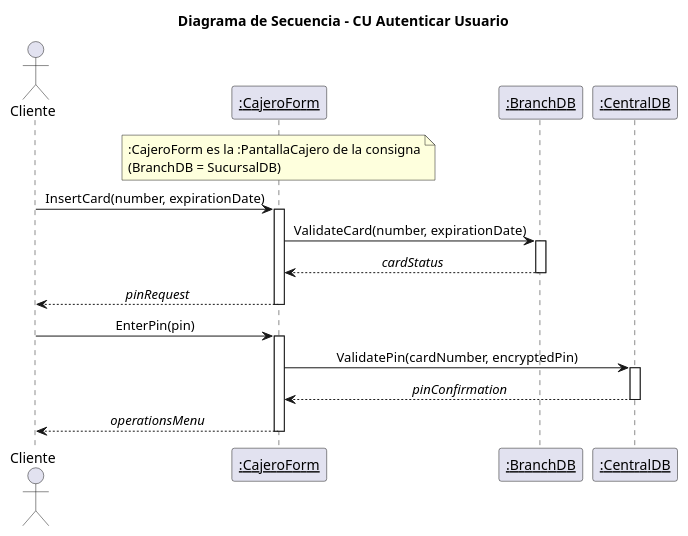
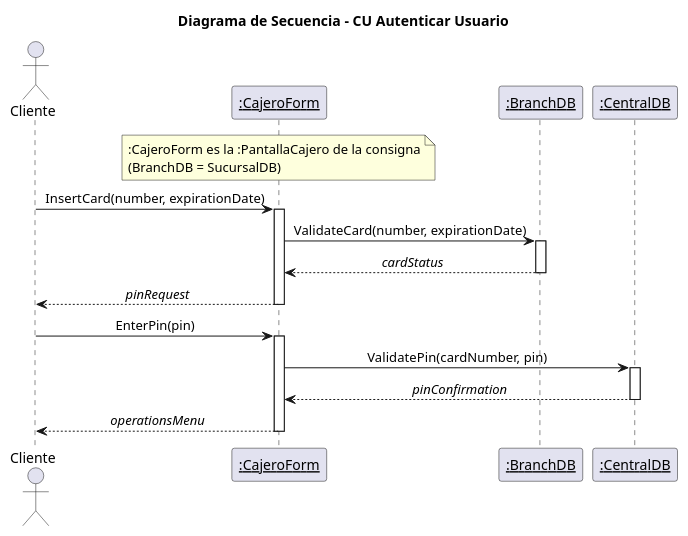
Before and after one commit to 4l3j0Ok/institute-third-year: the diagram in diseno-e-implementacion-de-sistemas/trabajo-integrador/diagrams/05_secuencia_autenticar.puml, drawn with PlantUML. The commit also changed 11 other files, not shown here.

```diff
--- a/diseno-e-implementacion-de-sistemas/trabajo-integrador/diagrams/05_secuencia_autenticar.puml
+++ b/diseno-e-implementacion-de-sistemas/trabajo-integrador/diagrams/05_secuencia_autenticar.puml
@@ -1,30 +1,30 @@
 @startuml 05_secuencia_autenticar
 title Diagrama de Secuencia - CU Autenticar Usuario
 skinparam shadowing false
 skinparam sequenceMessageAlign center
 
 actor Cliente
 participant "<u>:CajeroForm</u>" as PC
 participant "<u>:BranchDB</u>" as SDB
 participant "<u>:CentralDB</u>" as CDB
 
 note over PC : :CajeroForm es la :PantallaCajero de la consigna\n(BranchDB = SucursalDB)
 
 Cliente -> PC : InsertCard(number, expirationDate)
 activate PC
 PC -> SDB : ValidateCard(number, expirationDate)
 activate SDB
 SDB --> PC : //cardStatus//
 deactivate SDB
 PC --> Cliente : //pinRequest//
 deactivate PC
 
 Cliente -> PC : EnterPin(pin)
 activate PC
-PC -> CDB : ValidatePin(cardNumber, encryptedPin)
+PC -> CDB : ValidatePin(cardNumber, pin)
 activate CDB
 CDB --> PC : //pinConfirmation//
 deactivate CDB
 PC --> Cliente : //operationsMenu//
 deactivate PC
 @enduml
```
